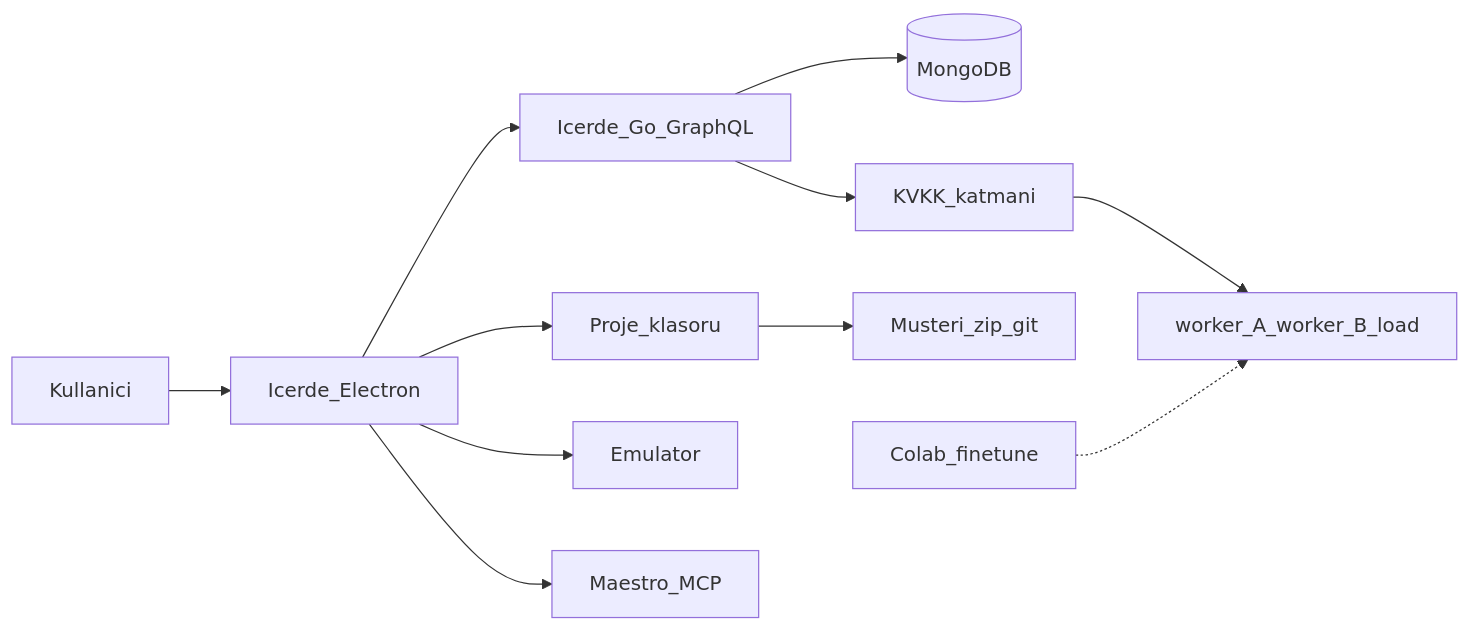
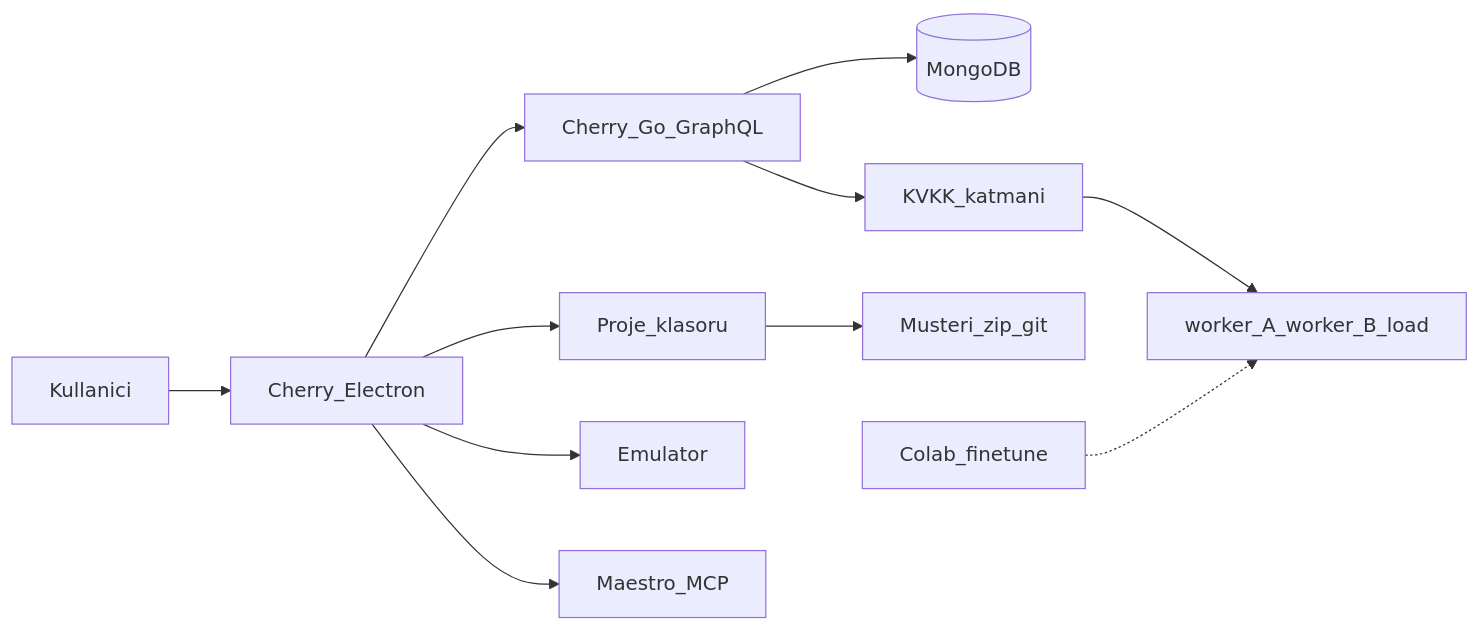
One commit to emrahyasinisik/Cherry changed the first of 2 diagrams in docs/architecture.md. Above: the diagram before and after it, drawn with Mermaid. The commit also changed other lines of this file and 124 other files, not shown here.

First line of the commit message:
Rename the studio brand from Icerde to Cherry.

````diff
--- a/docs/architecture.md
+++ b/docs/architecture.md
@@ -11,13 +11,13 @@
 ```mermaid
 flowchart LR
-  User[Kullanici] --> Desktop[Icerde_Electron]
-  Desktop --> API[Icerde_Go_GraphQL]
+  User[Kullanici] --> Desktop[Cherry_Electron]
+  Desktop --> API[Cherry_Go_GraphQL]
   API --> Mongo[(MongoDB)]
   Desktop --> Disk[Proje_klasoru]
   Desktop --> Emu[Emulator]
   Desktop --> Maestro[Maestro_MCP]
   API --> GDPR[KVKK_katmani]
   GDPR --> LLMs[worker_A_worker_B_load]
   Disk --> Zip[Musteri_zip_git]
   Colab[Colab_finetune] -.-> LLMs
 ```
````
